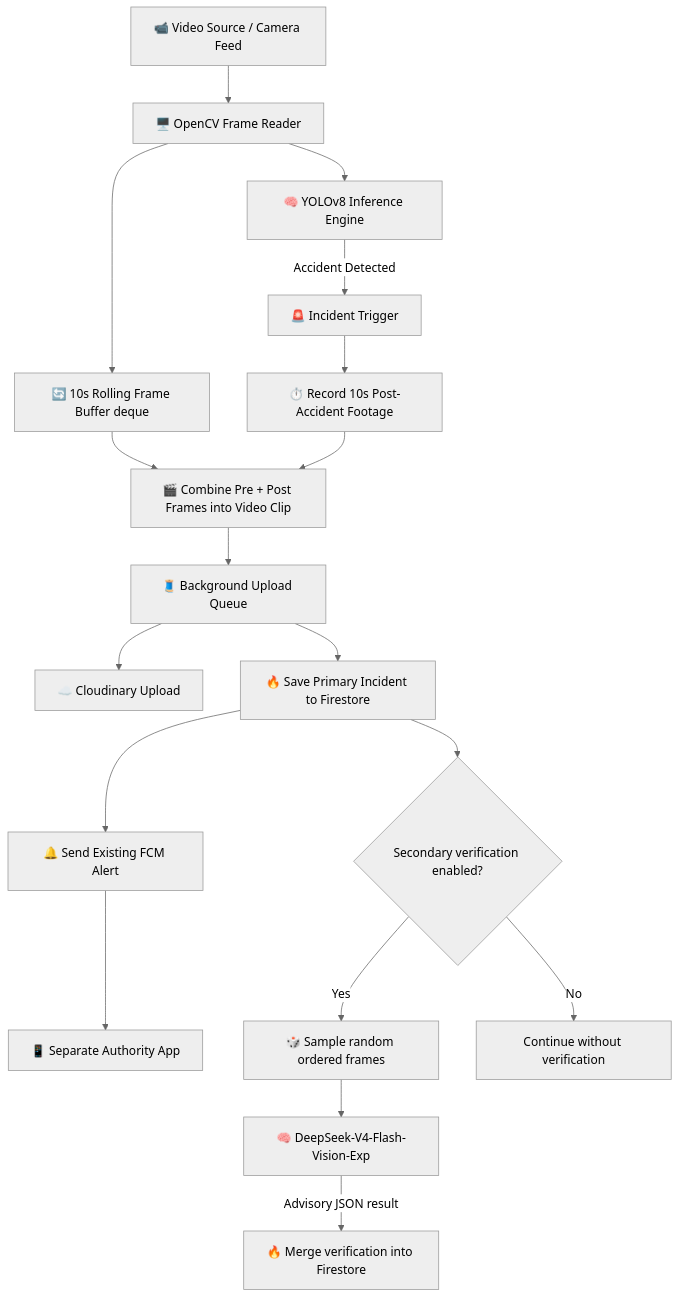
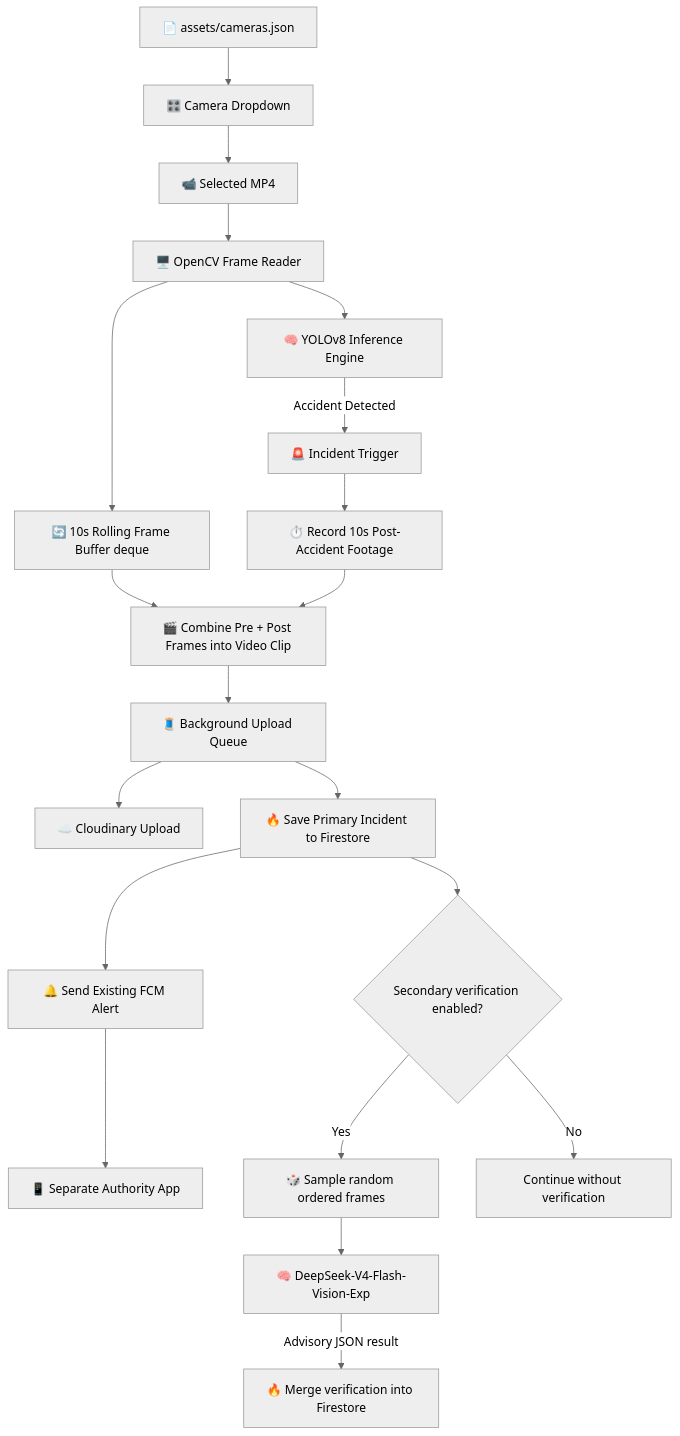
Before and after one commit to AliHaider151/FYP-Crash-Guard: the diagram in README.md, drawn with Mermaid (neutral theme). The commit also changed other lines of this file and 9 other files, not shown here.

````diff
--- a/README.md
+++ b/README.md
@@ -29,22 +29,24 @@
 ```mermaid
 flowchart TD
-   A[📹 Video Source / Camera Feed] --> B[🖥️ OpenCV Frame Reader]
-   B --> C[🧠 YOLOv8 Inference Engine]
-   B --> D[🔄 10s Rolling Frame Buffer deque]
+   A[📄 assets/cameras.json] --> B[🎛️ Camera Dropdown]
+   B --> C[📹 Selected MP4]
+   C --> D[🖥️ OpenCV Frame Reader]
+   D --> E[🧠 YOLOv8 Inference Engine]
+   D --> F[🔄 10s Rolling Frame Buffer deque]
 
-   C -->|Accident Detected| E[🚨 Incident Trigger]
-   E --> F[⏱️ Record 10s Post-Accident Footage]
-   D --> G[🎬 Combine Pre + Post Frames into Video Clip]
-   F --> G
+   E -->|Accident Detected| G[🚨 Incident Trigger]
+   G --> H[⏱️ Record 10s Post-Accident Footage]
+   F --> I[🎬 Combine Pre + Post Frames into Video Clip]
+   H --> I
 
-    G --> H[🧵 Background Upload Queue]
-    H --> I[☁️ Cloudinary Upload]
-    H --> J[🔥 Save Primary Incident to Firestore]
-    J --> K[🔔 Send Existing FCM Alert]
-    K --> L[📱 Separate Authority App]
-    J --> M{Secondary verification enabled?}
-    M -->|Yes| N[🎲 Sample random ordered frames]
-    N --> O[🧠 DeepSeek-V4-Flash-Vision-Exp]
-    O -->|Advisory JSON result| P[🔥 Merge verification into Firestore]
-    M -->|No| Q[Continue without verification]
+    I --> J[🧵 Background Upload Queue]
+    J --> K[☁️ Cloudinary Upload]
+    J --> L[🔥 Save Primary Incident to Firestore]
+    L --> M[🔔 Send Existing FCM Alert]
+    M --> N[📱 Separate Authority App]
+    L --> O{Secondary verification enabled?}
+    O -->|Yes| P[🎲 Sample random ordered frames]
+    P --> Q[🧠 DeepSeek-V4-Flash-Vision-Exp]
+    Q -->|Advisory JSON result| R[🔥 Merge verification into Firestore]
+    O -->|No| S[Continue without verification]
 ```
````
